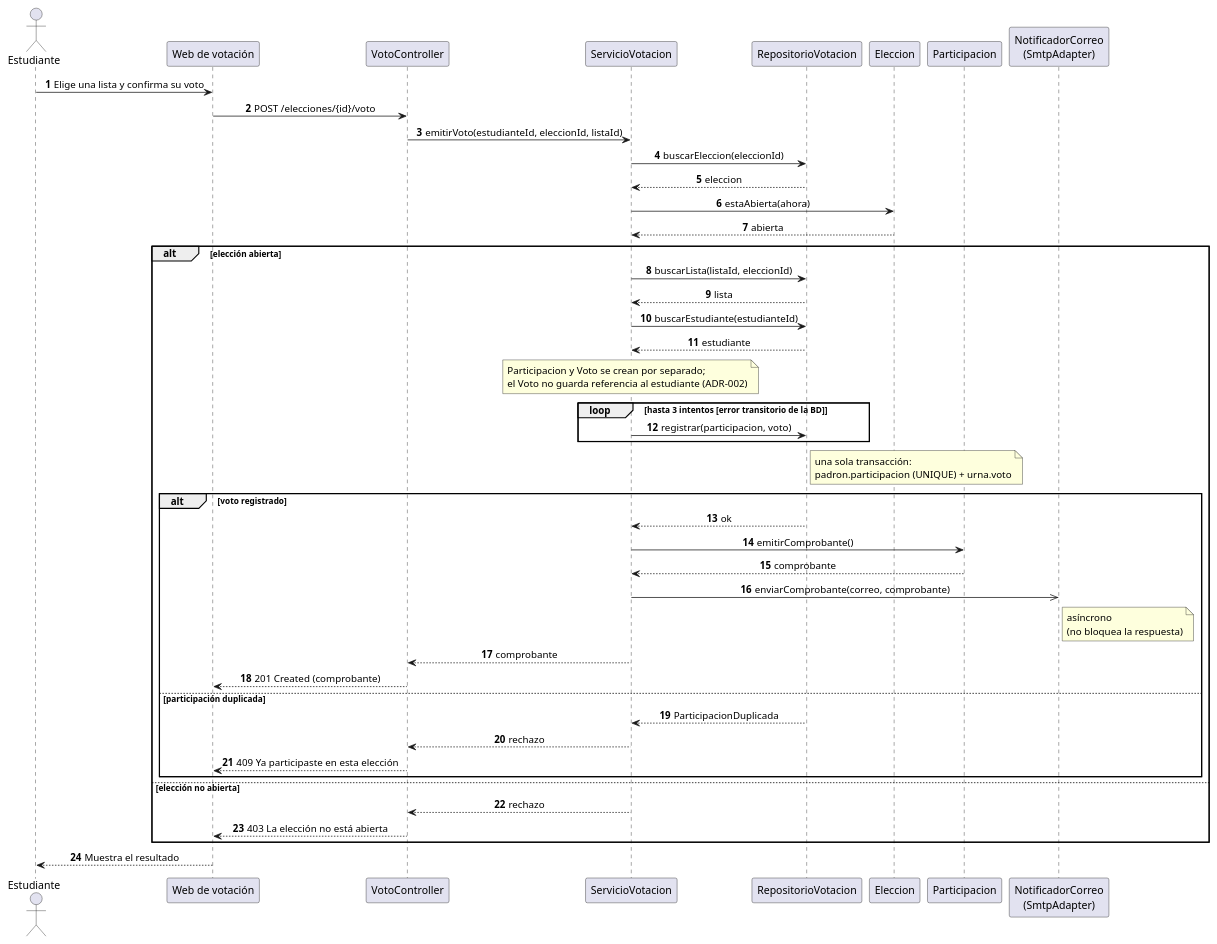
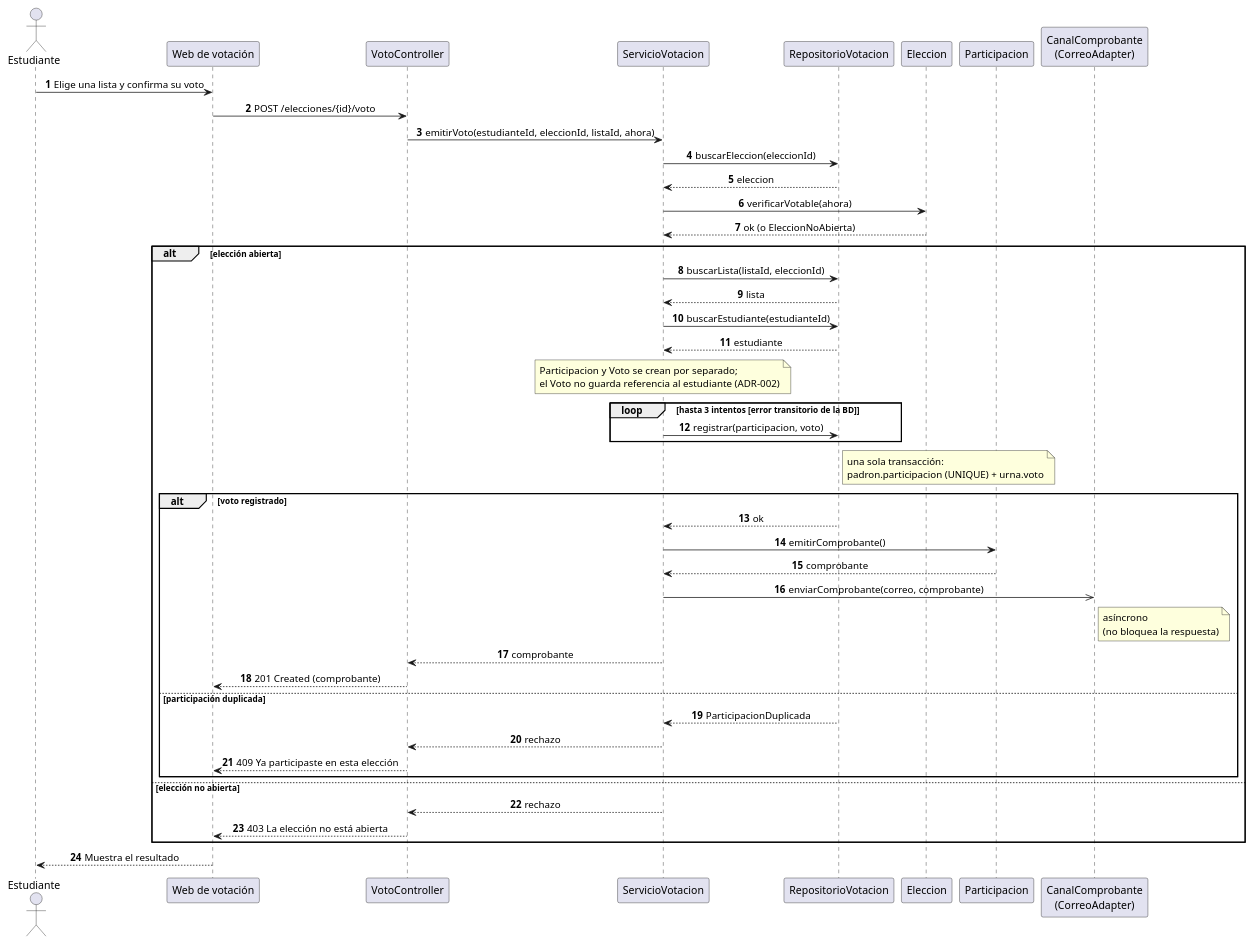
Before and after one commit to Echo104/cs-2026b-lab04-grupo05: the diagram in docs/design/secuencia-emitir-voto.puml, drawn with PlantUML. The commit also changed 16 other files, not shown here.

Commit message:
E7. Diagramas como código y bitácora

```diff
--- a/docs/design/secuencia-emitir-voto.puml
+++ b/docs/design/secuencia-emitir-voto.puml
@@ -1,50 +1,50 @@
 @startuml secuencia-emitir-voto
 skinparam shadowing false
 skinparam defaultFontName Arial
 skinparam sequenceMessageAlign center
 autonumber
 actor Estudiante
 participant "Web de votación" as UI
 participant "VotoController" as C
 participant "ServicioVotacion" as S
 participant "RepositorioVotacion" as R
 participant "Eleccion" as E
 participant "Participacion" as P
-participant "NotificadorCorreo\n(SmtpAdapter)" as N
+participant "CanalComprobante\n(CorreoAdapter)" as N
 
 Estudiante -> UI : Elige una lista y confirma su voto
 UI -> C : POST /elecciones/{id}/voto
-C -> S : emitirVoto(estudianteId, eleccionId, listaId)
+C -> S : emitirVoto(estudianteId, eleccionId, listaId, ahora)
 S -> R : buscarEleccion(eleccionId)
 R --> S : eleccion
-S -> E : estaAbierta(ahora)
-E --> S : abierta
+S -> E : verificarVotable(ahora)
+E --> S : ok (o EleccionNoAbierta)
 alt elección abierta
   S -> R : buscarLista(listaId, eleccionId)
   R --> S : lista
   S -> R : buscarEstudiante(estudianteId)
   R --> S : estudiante
   note over S : Participacion y Voto se crean por separado;\nel Voto no guarda referencia al estudiante (ADR-002)
   loop hasta 3 intentos [error transitorio de la BD]
     S -> R : registrar(participacion, voto)
   end
   note right of R : una sola transacción:\npadron.participacion (UNIQUE) + urna.voto
   alt voto registrado
     R --> S : ok
     S -> P : emitirComprobante()
     P --> S : comprobante
     S ->> N : enviarComprobante(correo, comprobante)
     note right of N : asíncrono\n(no bloquea la respuesta)
     S --> C : comprobante
     C --> UI : 201 Created (comprobante)
   else participación duplicada
     R --> S : ParticipacionDuplicada
     S --> C : rechazo
     C --> UI : 409 Ya participaste en esta elección
   end
 else elección no abierta
   S --> C : rechazo
   C --> UI : 403 La elección no está abierta
 end
 UI --> Estudiante : Muestra el resultado
 @enduml
```
